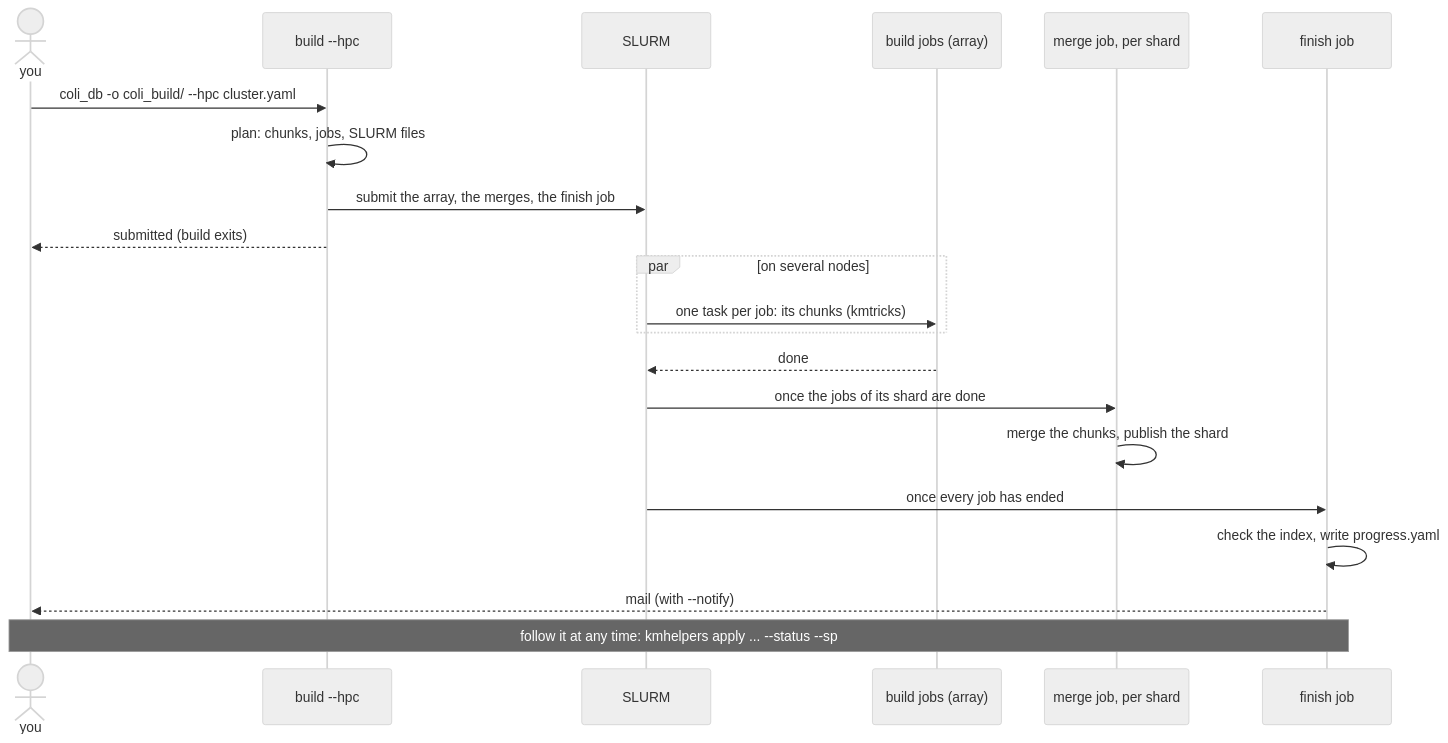
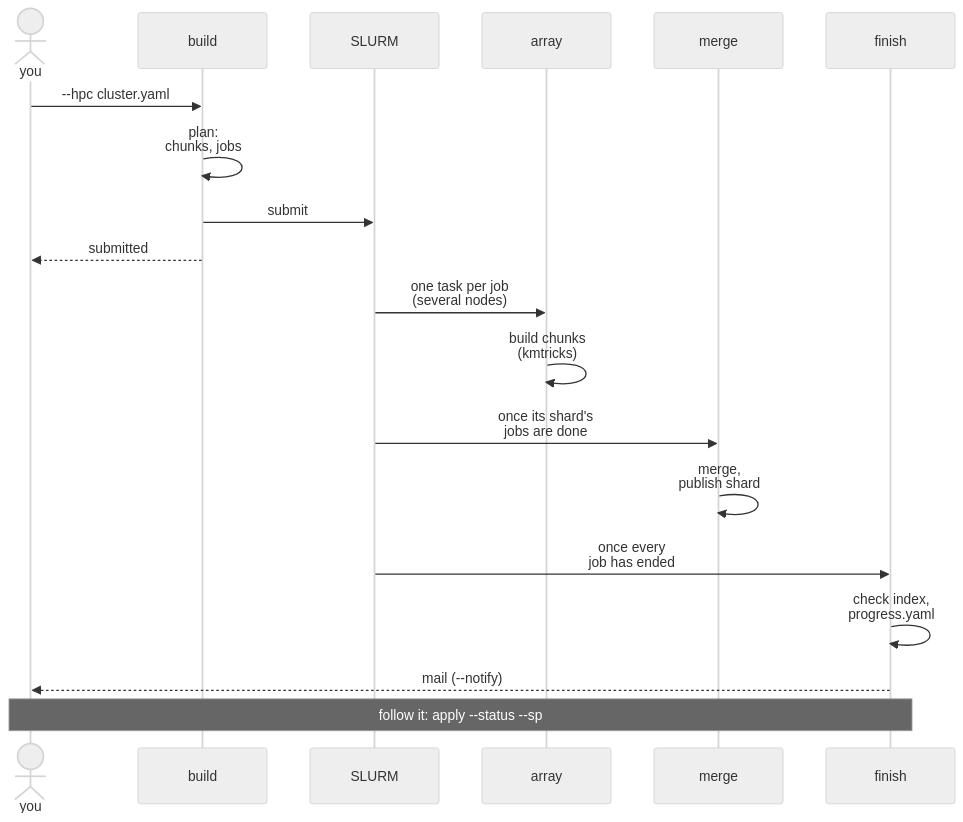
Before and after one commit to sebllns/kmhelpers: the second of 3 diagrams in docs/concepts/building.md, drawn with Mermaid (neutral theme). The commit also changed other lines of this file and 1 other file, not shown here.

Commit message:
Docs: narrower sequence diagrams (query, cluster, update)
Short participant names and messages broken over lines, so mermaid does not shrink them to fit the page.

````diff
--- a/docs/concepts/building.md
+++ b/docs/concepts/building.md
@@ -61,23 +61,21 @@
 ```mermaid
 sequenceDiagram
     actor U as you
-    participant B as build --hpc
+    participant B as build
     participant SL as SLURM
-    participant A as build jobs (array)
-    participant M as merge job, per shard
-    participant F as finish job
-    U->>B: coli_db -o coli_build/ --hpc cluster.yaml
-    B->>B: plan: chunks, jobs, SLURM files
-    B->>SL: submit the array, the merges, the finish job
-    B-->>U: submitted (build exits)
-    par on several nodes
-        SL->>A: one task per job: its chunks (kmtricks)
-    end
-    A-->>SL: done
-    SL->>M: once the jobs of its shard are done
-    M->>M: merge the chunks, publish the shard
-    SL->>F: once every job has ended
-    F->>F: check the index, write progress.yaml
-    F-->>U: mail (with --notify)
-    Note over U,F: follow it at any time: kmhelpers apply ... --status --sp
+    participant A as array
+    participant M as merge
+    participant F as finish
+    U->>B: --hpc cluster.yaml
+    B->>B: plan:<br/>chunks, jobs
+    B->>SL: submit
+    B-->>U: submitted
+    SL->>A: one task per job<br/>(several nodes)
+    A->>A: build chunks<br/>(kmtricks)
+    SL->>M: once its shard's<br/>jobs are done
+    M->>M: merge,<br/>publish shard
+    SL->>F: once every<br/>job has ended
+    F->>F: check index,<br/>progress.yaml
+    F-->>U: mail (--notify)
+    Note over U,F: follow it: apply --status --sp
 ```
````
